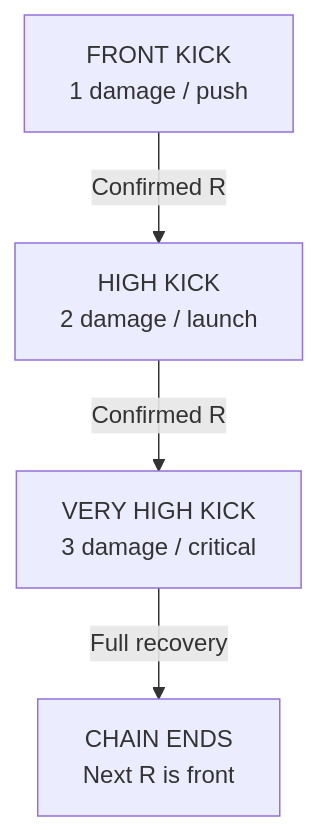
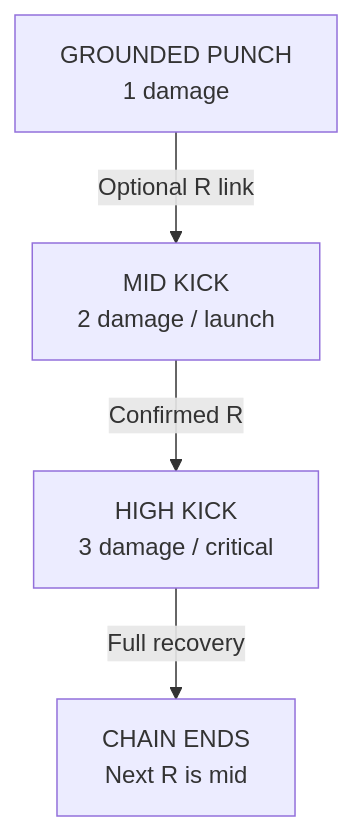
One commit to alienfractal/kuradisaas changed the diagram in docs/combat/kick-combo.mmd. Above: the diagram before and after it, drawn with Mermaid. The commit also changed 80 other files, not shown here.

```diff
--- a/docs/combat/kick-combo.mmd
+++ b/docs/combat/kick-combo.mmd
@@ -1,4 +1,4 @@
 flowchart TD
-  FRONT["FRONT KICK<br/>1 damage / push"] -->|Confirmed R|HIGH["HIGH KICK<br/>2 damage / launch"]
-  HIGH -->|Confirmed R|CRITICAL["VERY HIGH KICK<br/>3 damage / critical"]
-  CRITICAL -->|Full recovery|RESET["CHAIN ENDS<br/>Next R is front"]
+  PUNCH["GROUNDED PUNCH<br/>1 damage"] -->|Optional R link|MID["MID KICK<br/>2 damage / launch"]
+  MID -->|Confirmed R|HIGH["HIGH KICK<br/>3 damage / critical"]
+  HIGH -->|Full recovery|RESET["CHAIN ENDS<br/>Next R is mid"]
```
